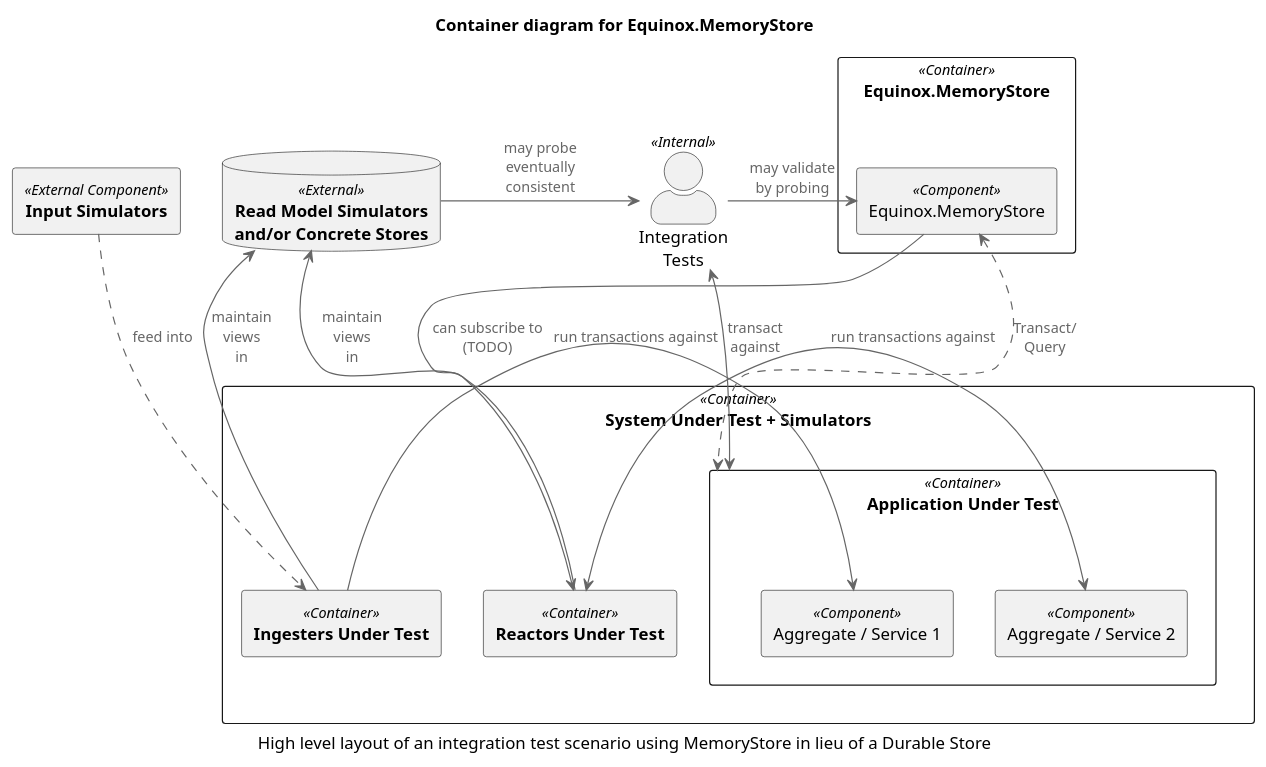
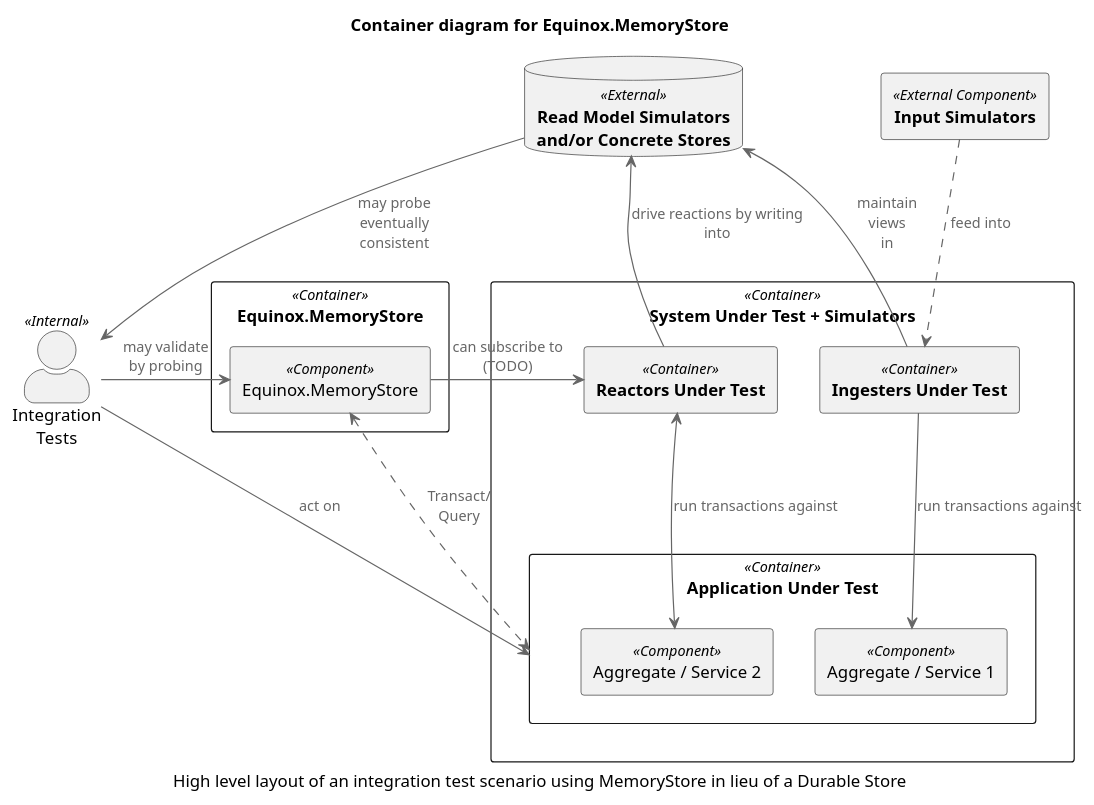
One commit to jet/equinox changed the diagram in diagrams/MemoryStoreContainer.puml. Above: the diagram before and after it, drawn with PlantUML. The commit also changed 7 other files, not shown here.

```diff
--- a/diagrams/MemoryStoreContainer.puml
+++ b/diagrams/MemoryStoreContainer.puml
@@ -1,55 +1,56 @@
 @startuml
 !includeurl https://raw.githubusercontent.com/skleanthous/C4-PlantumlSkin/master/build/output/c4.puml
 
 title Container diagram for Equinox.MemoryStore
 caption High level layout of an integration test scenario using MemoryStore in lieu of a Durable Store
 
 rectangle inputs <<External Component>> [
     **Input Simulators**
 ]
 
 together {
     rectangle "Equinox.MemoryStore" <<Container>> {
         rectangle eqxms <<Component>> [
             Equinox.MemoryStore
         ]
     }
     actor "Integration\nTests" <<Internal>> as tests
     database caches <<External>> [
         **Read Model Simulators**
         **and/or Concrete Stores**
     ]
 }
 
 rectangle "System Under Test + Simulators" <<Container>> {
     rectangle "Application Under Test" <<Container>> as aggregate {
         rectangle aggregate1 <<Component>> [
             Aggregate / Service 1
         ]
         rectangle aggregate2 <<Component>> [
             Aggregate / Service 2
         ]
     }
     rectangle ingesters <<Container>> [
         **Ingesters Under Test**
     ]
     rectangle reactors <<Container>> [
         **Reactors Under Test**
     ]
 }
 
-tests     <-D->  aggregate  : transact\nagainst
+tests      -D->  aggregate  : act on
 tests     <-     caches     : may probe\neventually\nconsistent
 tests       -L-> eqxms      : may validate\nby probing
 
 aggregate <.L.>  eqxms      : Transact/\nQuery
 
 ingesters  ->    aggregate1 : run transactions against
 ingesters  -U->  caches     : maintain\nviews\nin
 ingesters <.U.   inputs     : feed into
 
 reactors  <-     eqxms      : can subscribe to\n(TODO)
-reactors  <->    aggregate2 : run transactions against
-reactors  -U->   caches     : maintain\nviews\nin
+reactors  <-D->  aggregate2 : run transactions against
+reactors  -U->   caches     : drive reactions by writing into
+ingesters -[hidden]R--> reactors
 
 @enduml
```
